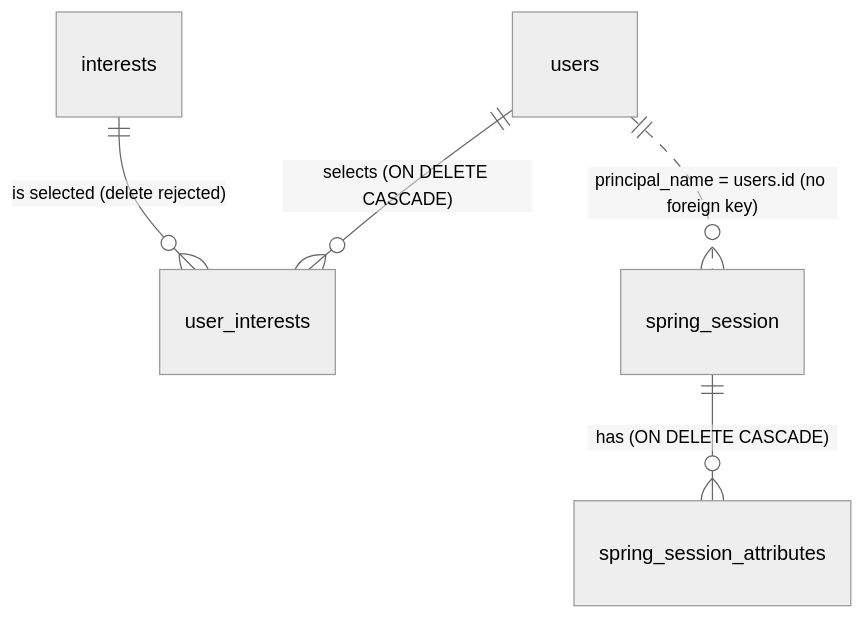
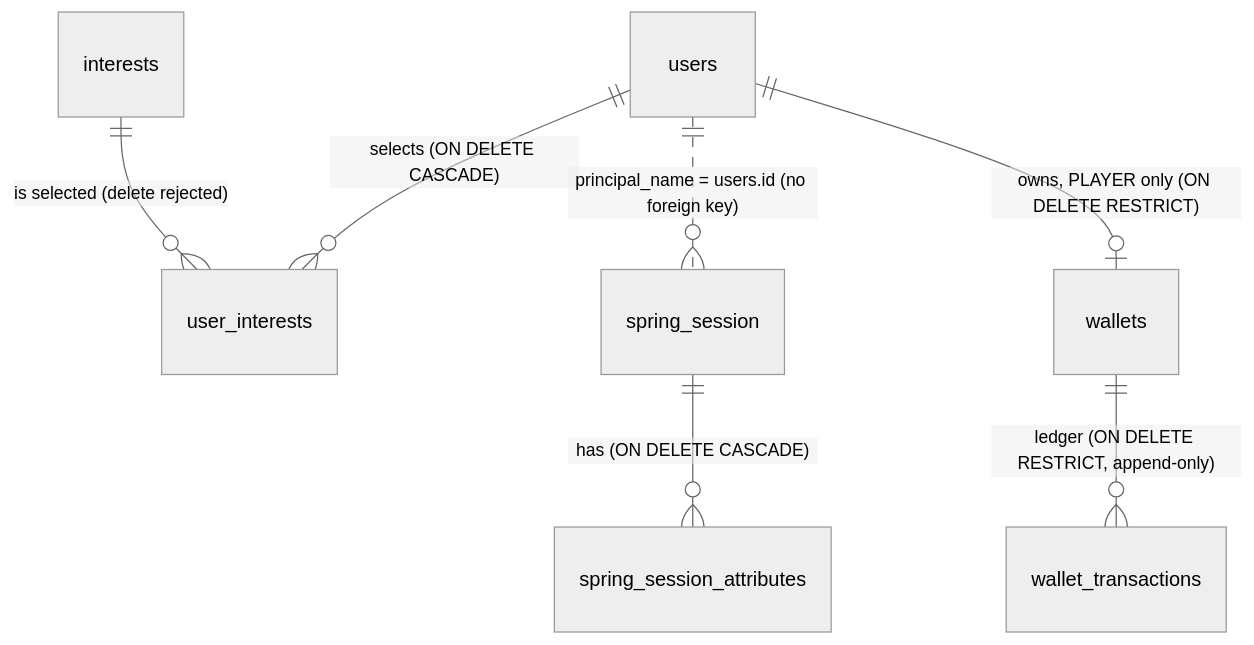
The diagram in docs/database.md (EmilyStoyanova/online-casino-simulator), drawn with Mermaid (neutral theme) before and after one commit. The commit also changed other lines of this file and 52 other files, not shown here.

````diff
--- a/docs/database.md
+++ b/docs/database.md
@@ -36,7 +47,9 @@
 ```mermaid
 erDiagram
     users ||--o{ user_interests : "selects (ON DELETE CASCADE)"
     interests ||--o{ user_interests : "is selected (delete rejected)"
     spring_session ||--o{ spring_session_attributes : "has (ON DELETE CASCADE)"
     users ||..o{ spring_session : "principal_name = users.id (no foreign key)"
+    users ||--o| wallets : "owns, PLAYER only (ON DELETE RESTRICT)"
+    wallets ||--o{ wallet_transactions : "ledger (ON DELETE RESTRICT, append-only)"
 ```
````
